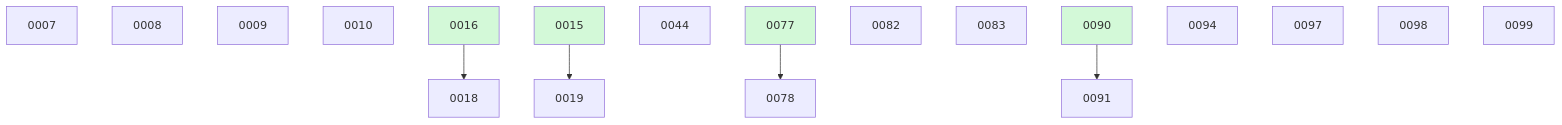
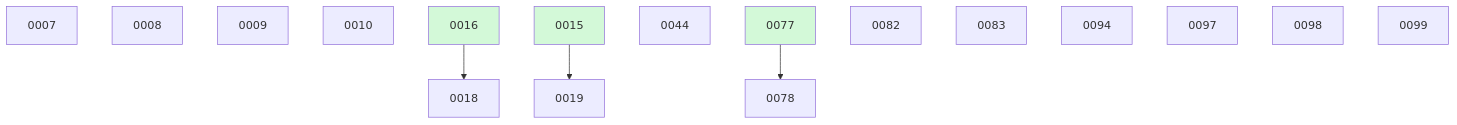
The diagram in docs/changes/BOARD.md (danielhanold/docket), drawn with Mermaid before and after one commit. The commit also changed other lines of this file, not shown here.

````diff
--- a/docs/changes/BOARD.md
+++ b/docs/changes/BOARD.md
@@ -40,23 +39,21 @@
 ```mermaid
 graph TD
   0007
   0008
   0009
   0010
   0016 --> 0018
   0015 --> 0019
   0044
   0077 --> 0078
   0082
   0083
-  0090 --> 0091
   0094
   0097
   0098
   0099
   0015:::done
   0016:::done
   0077:::done
-  0090:::done
   classDef done fill:#d3f9d8;
 ```
````
